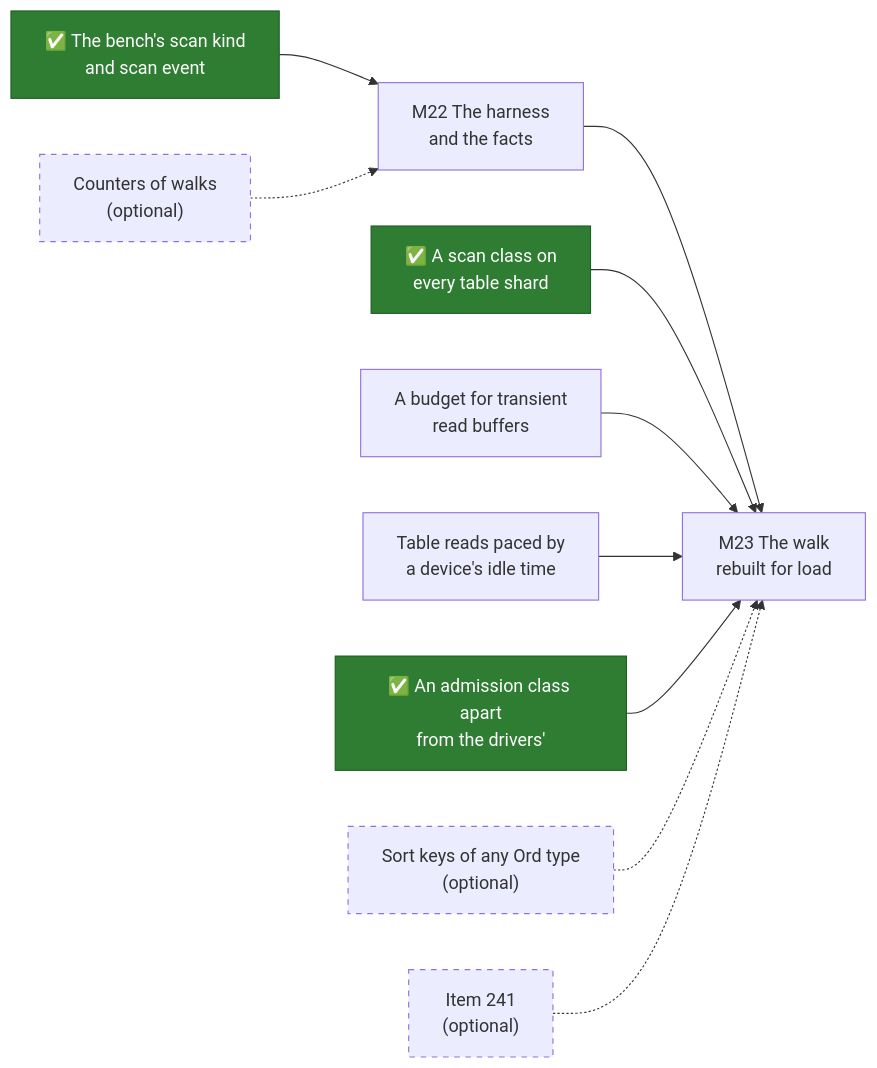
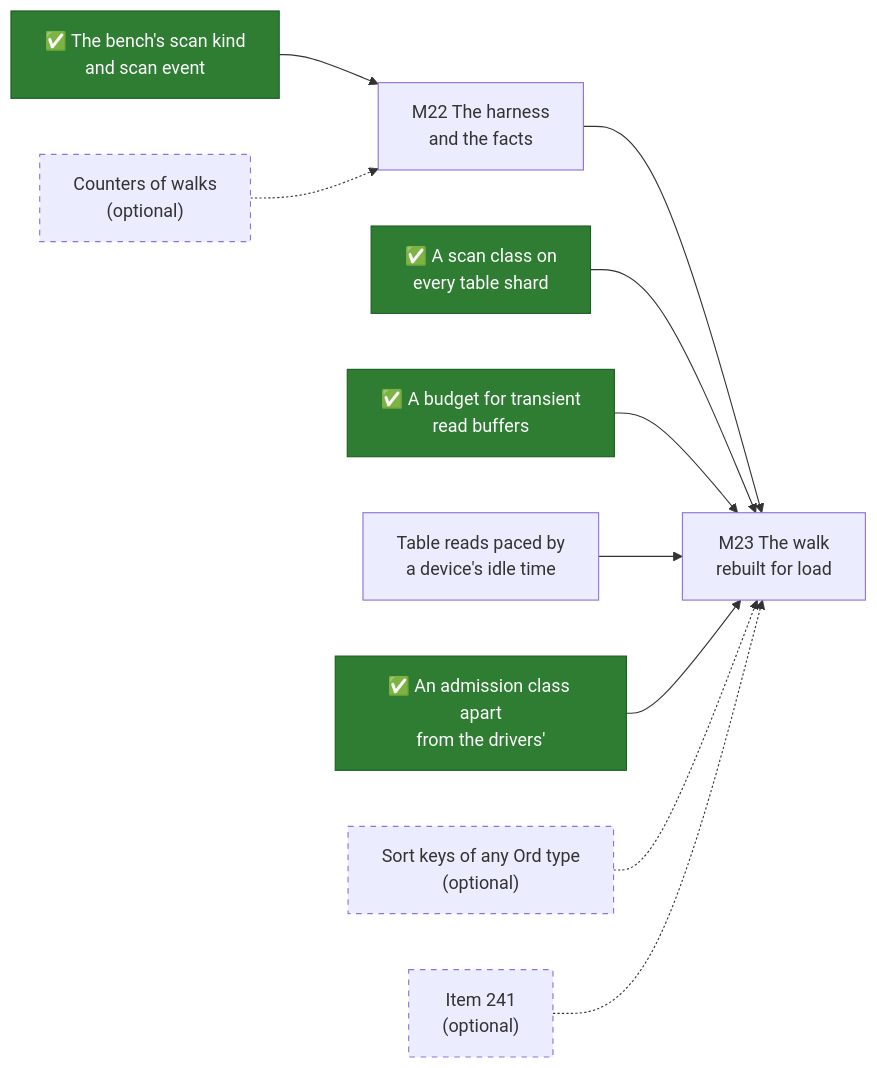
The diagram in docs/src/future-work/scans/prerequisites.md (mjcarson/shoal), drawn with Mermaid before and after one commit. The commit also changed other lines of this file and 22 other files, not shown here.

````diff
--- a/docs/src/future-work/scans/prerequisites.md
+++ b/docs/src/future-work/scans/prerequisites.md
@@ -203,24 +207,24 @@
 ```mermaid
 flowchart LR
     classDef done fill:#2e7d32,stroke:#1b5e20,color:#ffffff
     classDef optional stroke-dasharray: 5 5
     Bench["✅ The bench's scan kind<br>and scan event"]:::done
     Class["✅ A scan class on<br>every table shard"]:::done
-    Budget["A budget for transient<br>read buffers"]
+    Budget["✅ A budget for transient<br>read buffers"]:::done
     Pace["Table reads paced by<br>a device's idle time"]
     Admit["✅ An admission class apart<br>from the drivers'"]:::done
     Counters["Counters of walks<br>(optional)"]:::optional
     SortKeys["Sort keys of any Ord type<br>(optional)"]:::optional
     I241["Item 241<br>(optional)"]:::optional
     M22["M22 The harness<br>and the facts"]
     M23["M23 The walk<br>rebuilt for load"]
     Bench --> M22
     M22 --> M23
     Class --> M23
     Budget --> M23
     Pace --> M23
     Admit --> M23
     Counters -.-> M22
     SortKeys -.-> M23
     I241 -.-> M23
 ```
````
